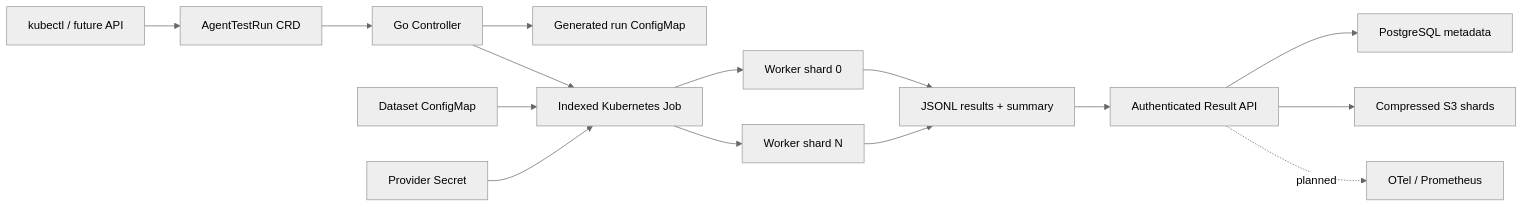
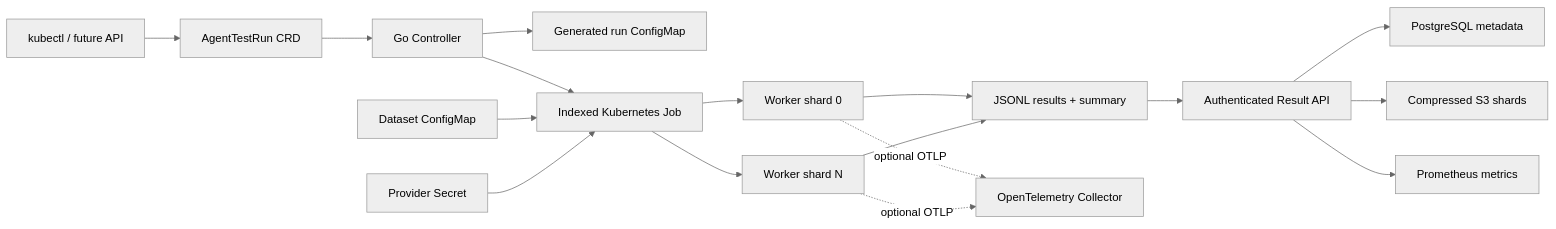
Before and after one commit to Alphasxd/AgentStorm: the diagram in README.md, drawn with Mermaid (neutral theme). The commit also changed other lines of this file and 23 other files, not shown here.

````diff
--- a/README.md
+++ b/README.md
@@ -40,17 +42,19 @@
 ```mermaid
 flowchart LR
     User["kubectl / future API"] --> CR["AgentTestRun CRD"]
     CR --> Controller["Go Controller"]
     Controller --> Config["Generated run ConfigMap"]
     Controller --> Job["Indexed Kubernetes Job"]
     Dataset["Dataset ConfigMap"] --> Job
     Secret["Provider Secret"] --> Job
     Job --> W1["Worker shard 0"]
     Job --> W2["Worker shard N"]
     W1 --> Result["JSONL results + summary"]
     W2 --> Result
     Result --> ResultAPI["Authenticated Result API"]
     ResultAPI --> PostgreSQL["PostgreSQL metadata"]
     ResultAPI --> ObjectStore["Compressed S3 shards"]
-    ResultAPI -. planned .-> Telemetry["OTel / Prometheus"]
+    W1 -. optional OTLP .-> Telemetry["OpenTelemetry Collector"]
+    W2 -. optional OTLP .-> Telemetry
+    ResultAPI --> Metrics["Prometheus metrics"]
 ```
````
